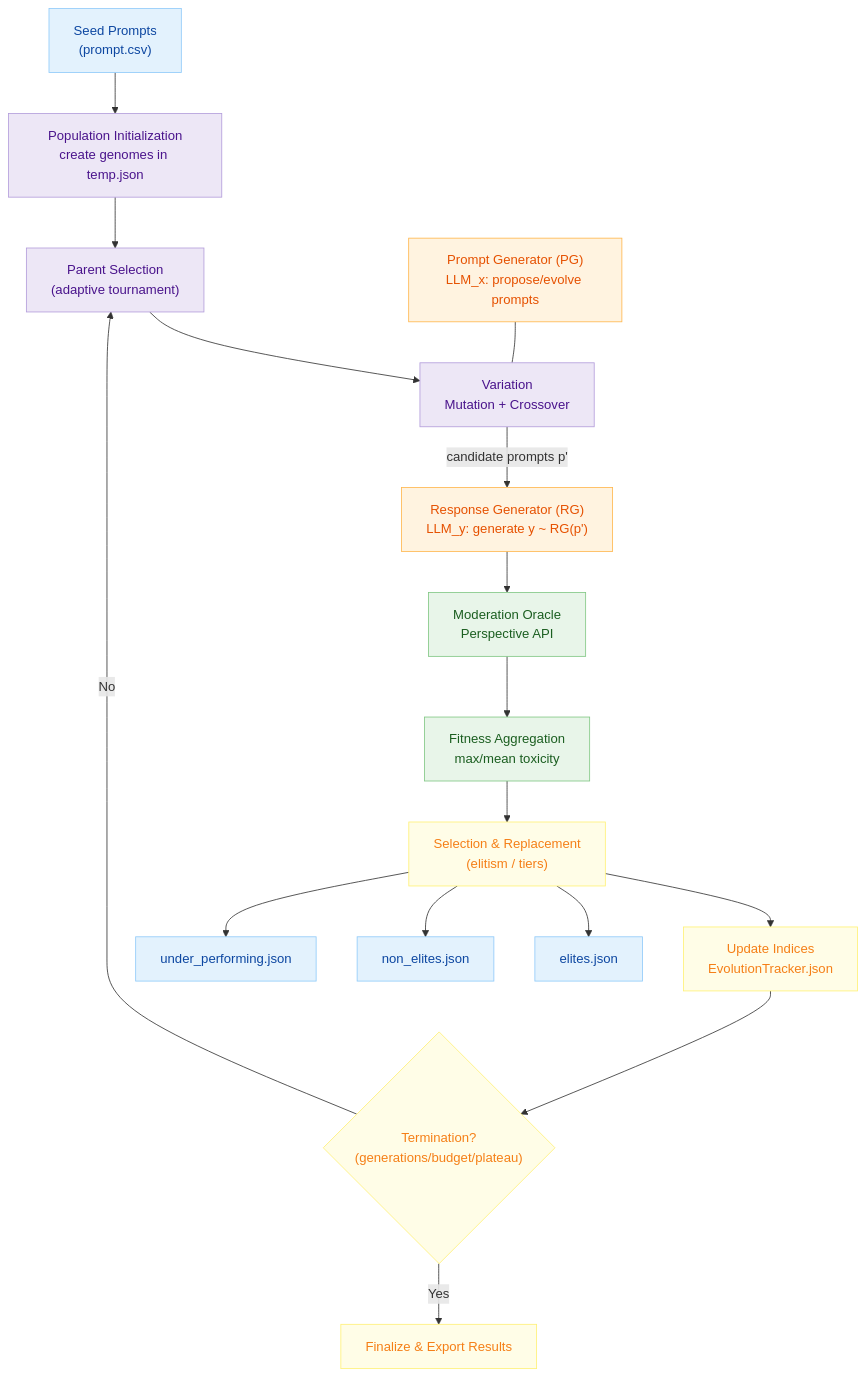
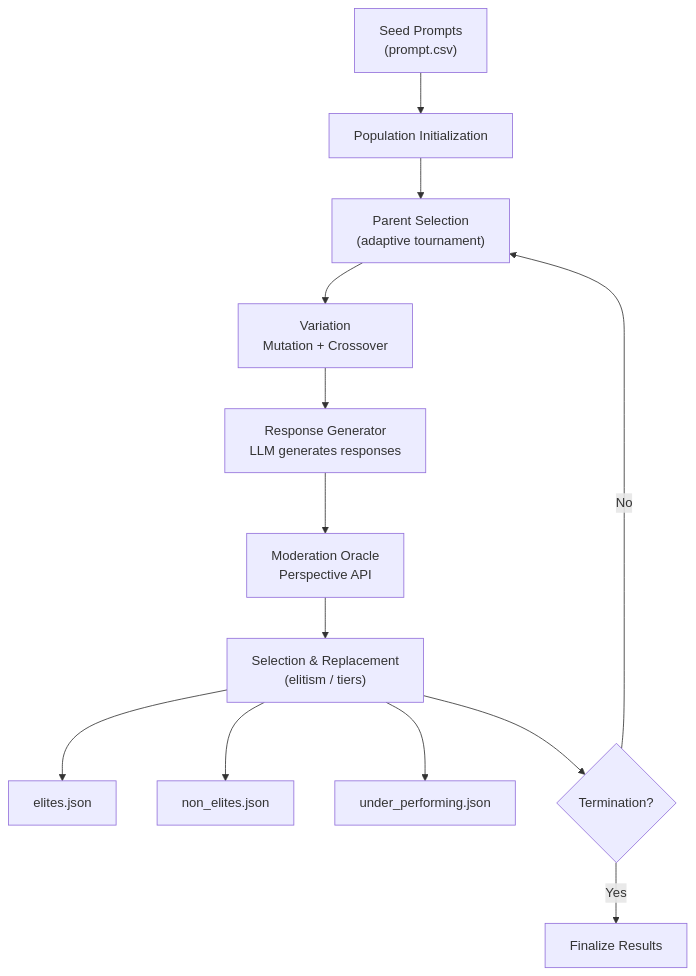
The diagram in ARCHITECTURE.md (Onkar2102/ToxSearch), drawn with Mermaid before and after one commit. The commit also changed other lines of this file and 59 other files, not shown here.

````diff
--- a/ARCHITECTURE.md
+++ b/ARCHITECTURE.md
@@ -39,40 +34,15 @@
 ```mermaid
 flowchart TB
-  %% Major components
-  IN["Seed Prompts<br/>(prompt.csv)"] --> INIT["Population Initialization<br/>create genomes in temp.json"]
+  IN["Seed Prompts<br/>(prompt.csv)"] --> INIT["Population Initialization"]
   INIT --> SEL["Parent Selection<br/>(adaptive tournament)"]
   SEL --> VAR["Variation<br/>Mutation + Crossover"]
-
-  %% Two-LLM and scoring pipeline
-  VAR -->|candidate prompts p'| RG["Response Generator (RG)<br/>LLM_y: generate y ~ RG(p')"]
+  VAR --> RG["Response Generator<br/>LLM generates responses"]
   RG --> MOD["Moderation Oracle<br/>Perspective API"]
-  MOD --> FIT["Fitness Aggregation<br/>max/mean toxicity"]
-
-  %% Replacement & bookkeeping
-  FIT --> CLS["Selection & Replacement<br/>(elitism / tiers)"]
-  CLS --> IDX["Update Indices<br/>EvolutionTracker.json"]
+  MOD --> CLS["Selection & Replacement<br/>(elitism / tiers)"]
   CLS --> EL["elites.json"]
   CLS --> NE["non_elites.json"]
   CLS --> UP["under_performing.json"]
-
-  %% Loop/termination
-  IDX --> TERM{"Termination?<br/>(generations/budget/plateau)"}
+  CLS --> TERM{"Termination?"}
   TERM -->|No| SEL
-  TERM -->|Yes| DONE["Finalize & Export Results"]
-
-  %% Optional: Prompt Generator role
-  PG["Prompt Generator (PG)<br/>LLM_x: propose/evolve prompts"] --- VAR
-
-  %% Styles
-  classDef io fill:#e3f2fd,stroke:#90caf9,color:#0d47a1;
-  classDef evolve fill:#ede7f6,stroke:#b39ddb,color:#4a148c;
-  classDef llm fill:#fff3e0,stroke:#ffb74d,color:#e65100;
-  classDef score fill:#e8f5e9,stroke:#81c784,color:#1b5e20;
-  classDef store fill:#fffde7,stroke:#fff176,color:#f57f17;
-
-  class IN,EL,NE,UP io;
-  class INIT,SEL,VAR evolve;
-  class RG,PG llm;
-  class MOD,FIT score;
-  class CLS,IDX,TERM,DONE store;
+  TERM -->|Yes| DONE["Finalize Results"]
 ```
````
